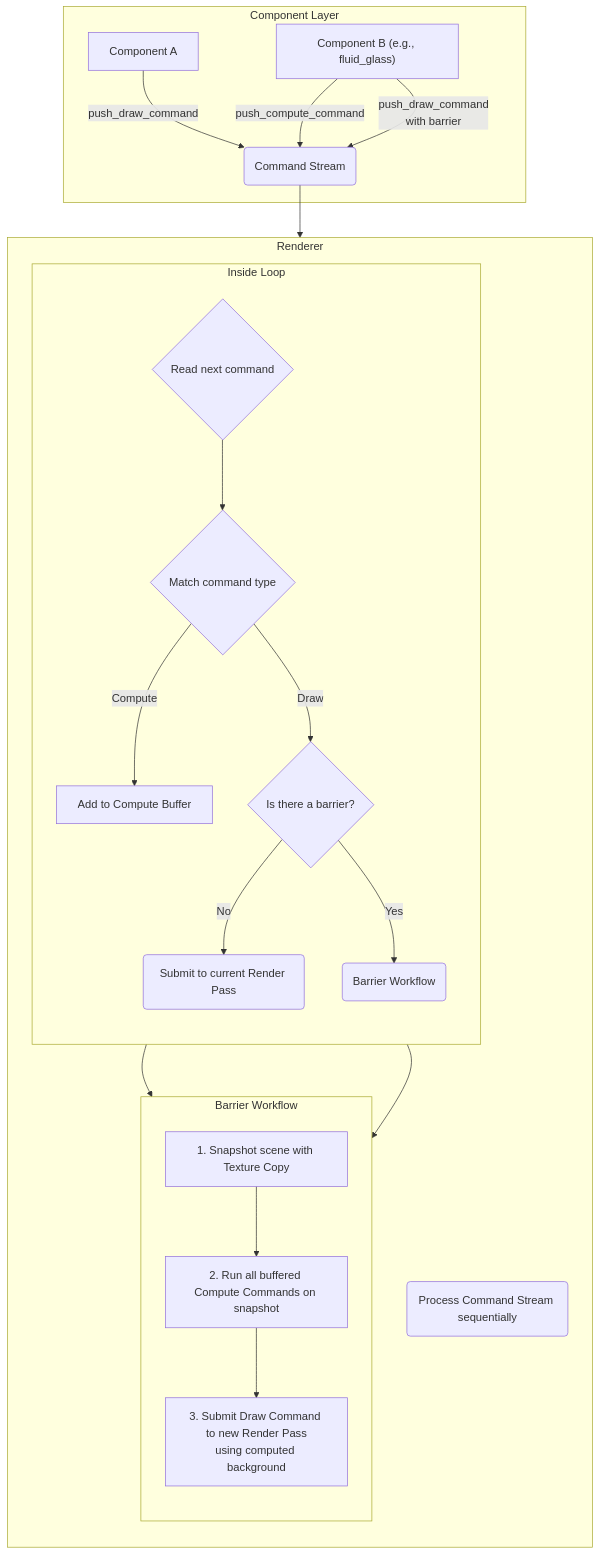
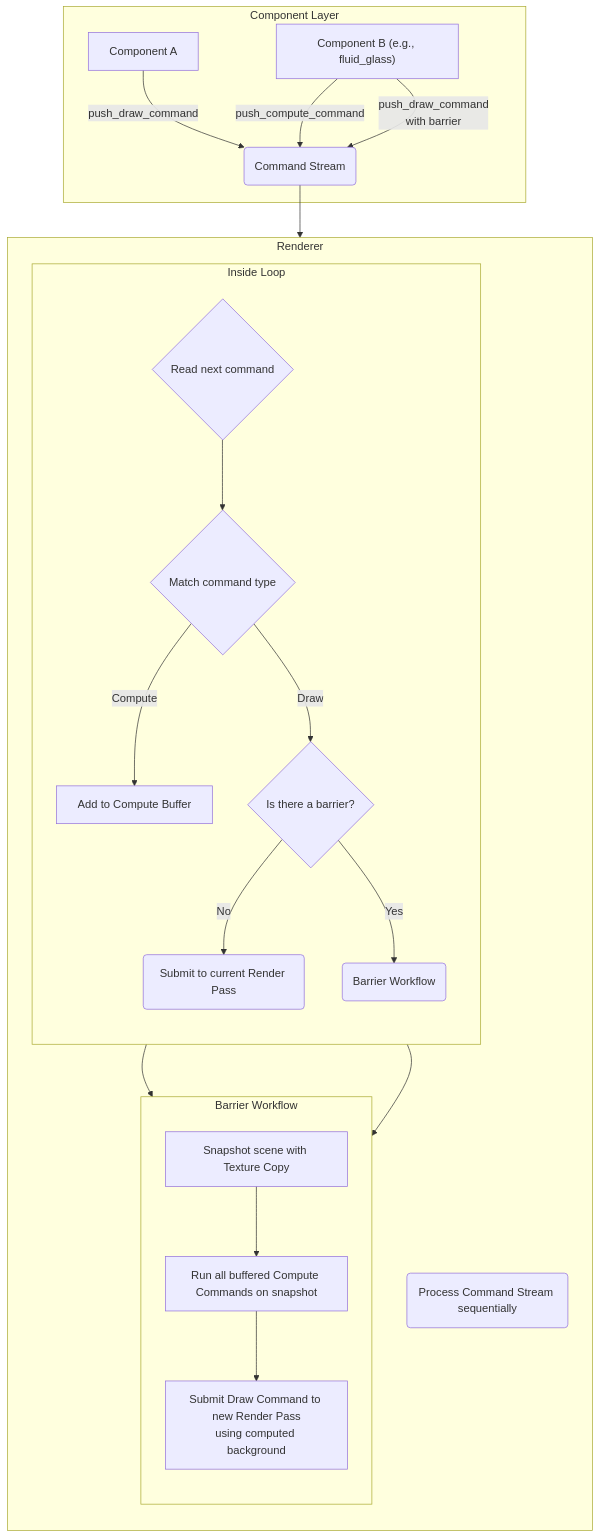
One commit to shadow3aaa/blog changed the second of 2 diagrams in content/a-new-gpu-pass-organization-zh.md. Above: the diagram before and after it, drawn with Mermaid.

Commit message:
优化屏障工作流程图中的描述，简化步骤表述以提高可读性

````diff
--- a/content/a-new-gpu-pass-organization-zh.md
+++ b/content/a-new-gpu-pass-organization-zh.md
@@ -114,34 +114,34 @@
 ```mermaid
 graph TD
     subgraph Component Layer
         A[Component A] -->|"push_draw_command"| S(Command Stream);
         B[Component B #40;e.g., fluid_glass#41;] -->|"push_compute_command"| S;
         B -->|"push_draw_command<br>with barrier"| S;
     end
 
     subgraph Renderer
         direction TB
         Loop(Process Command Stream sequentially);
         
         subgraph "Inside Loop"
             direction TB
             Cmd{Read next command};
             Cmd --> Match{Match command type};
             Match -- "Compute" --> Batch[Add to Compute Buffer];
             Match -- "Draw" --> DrawPath{Is there a barrier?};
             DrawPath -- "No" --> SubmitDraw(Submit to current Render Pass);
             DrawPath -- "Yes" --> BarrierPath(Barrier Workflow);
         end
 
         subgraph "Barrier Workflow"
             direction TB
-            BarrierPath --> Snapshot[1. Snapshot scene with Texture Copy];
-            Snapshot --> ExecCompute[2. Run all buffered Compute Commands on snapshot];
-            ExecCompute --> SubmitDrawWithBG[3. Submit Draw Command to new Render Pass<br>using computed background];
+            BarrierPath --> Snapshot[Snapshot scene with Texture Copy];
+            Snapshot --> ExecCompute[Run all buffered Compute Commands on snapshot];
+            ExecCompute --> SubmitDrawWithBG[Submit Draw Command to new Render Pass<br>using computed background];
         end
 
         Batch --> ExecCompute;
     end
 
     S --> Loop;
 ```
````
